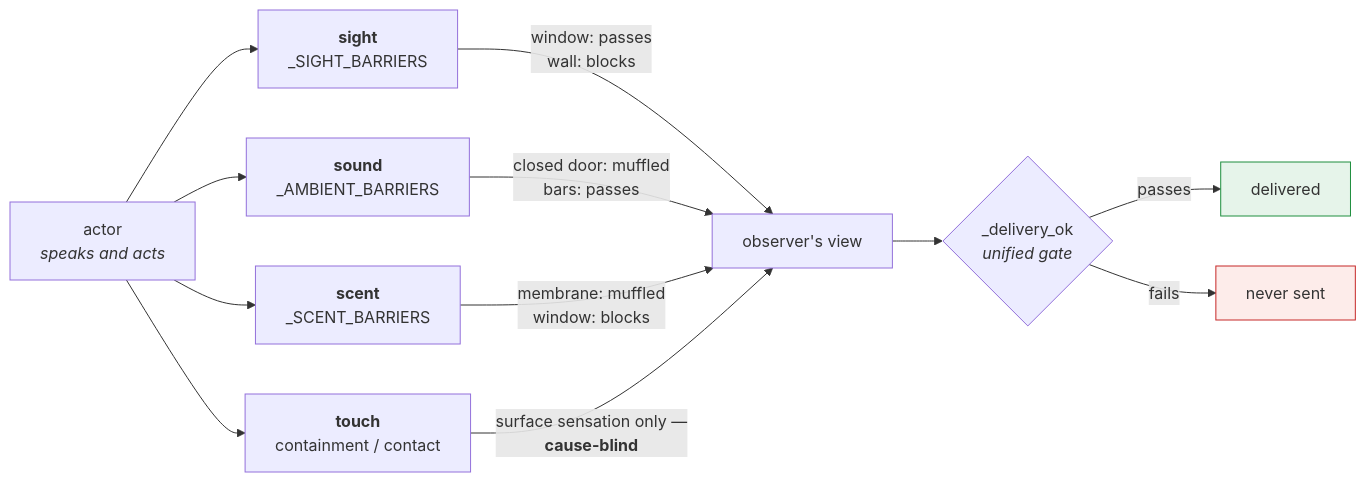
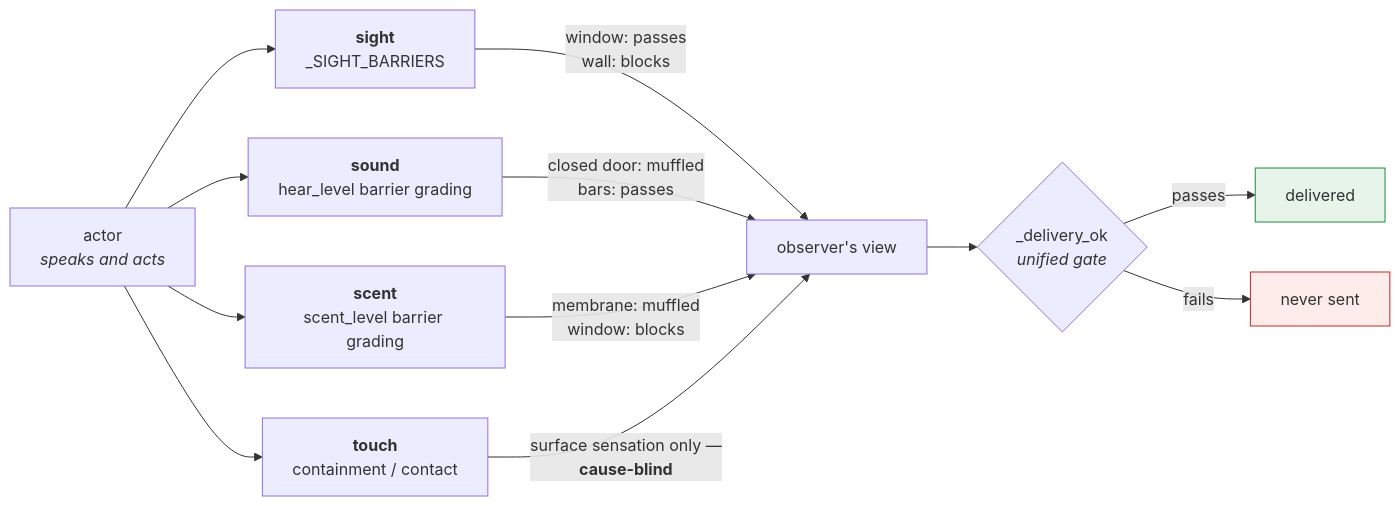
One commit to N0819/Sonder_Engine changed the fourth of 9 diagrams in docs/guides/ENGINEERING.md. Above: the diagram before and after it, drawn with Mermaid. The commit also changed other lines of this file and 1 other file, not shown here.

First line of the commit message:
The constant the docs said was deciding scent is read by nothing

````diff
--- a/docs/guides/ENGINEERING.md
+++ b/docs/guides/ENGINEERING.md
@@ -292,21 +298,21 @@
 ```mermaid
 flowchart LR
     A["actor<br/><i>speaks and acts</i>"]
 
     A --> S["<b>sight</b><br/>_SIGHT_BARRIERS"]
-    A --> H["<b>sound</b><br/>_AMBIENT_BARRIERS"]
-    A --> C["<b>scent</b><br/>_SCENT_BARRIERS"]
+    A --> H["<b>sound</b><br/>hear_level barrier grading"]
+    A --> C["<b>scent</b><br/>scent_level barrier grading"]
     A --> TCH["<b>touch</b><br/>containment / contact"]
 
     S -->|"window: passes<br/>wall: blocks"| O["observer's view"]
     H -->|"closed door: muffled<br/>bars: passes"| O
     C -->|"membrane: muffled<br/>window: blocks"| O
     TCH -->|"surface sensation only —<br/><b>cause-blind</b>"| O
 
     O --> D{"_delivery_ok<br/><i>unified gate</i>"}
     D -->|"passes"| V["delivered"]
     D -->|"fails"| X["never sent"]
 
     style X fill:#fdecea,stroke:#c62828
     style V fill:#e6f4ea,stroke:#1e8e3e
 ```
````
